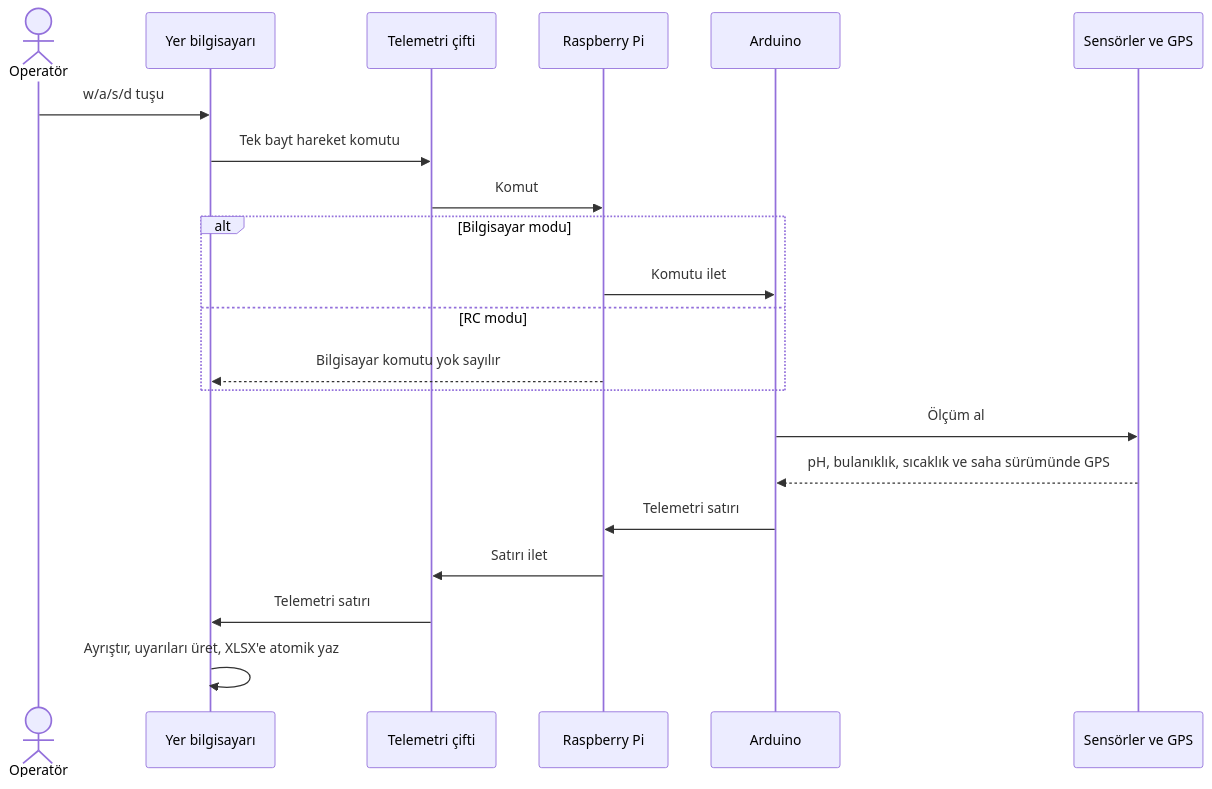
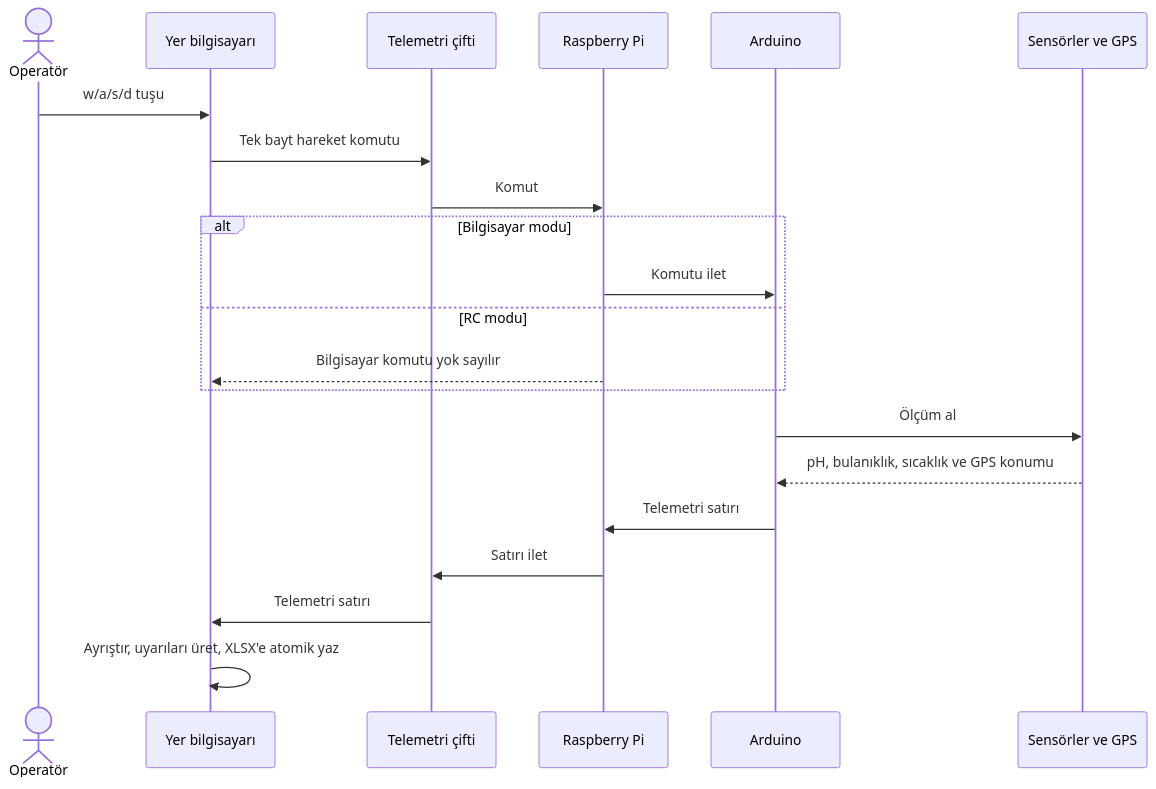
Before and after one commit to emircanylmz/water-quality-usv: the fourth of 8 diagrams in docs/ARCHITECTURE_TR.md, drawn with Mermaid. The commit also changed other lines of this file and 13 other files, not shown here.

Commit message:
Add NEO-6M GPS telemetry to Arduino firmware

````diff
--- a/docs/ARCHITECTURE_TR.md
+++ b/docs/ARCHITECTURE_TR.md
@@ -119,24 +124,24 @@
 ```mermaid
 sequenceDiagram
     actor Operator as Operatör
     participant PC as Yer bilgisayarı
     participant Radio as Telemetri çifti
     participant Pi as Raspberry Pi
     participant Arduino
     participant Sensors as Sensörler ve GPS
 
     Operator->>PC: w/a/s/d tuşu
     PC->>Radio: Tek bayt hareket komutu
     Radio->>Pi: Komut
     alt Bilgisayar modu
         Pi->>Arduino: Komutu ilet
     else RC modu
         Pi-->>PC: Bilgisayar komutu yok sayılır
     end
     Arduino->>Sensors: Ölçüm al
-    Sensors-->>Arduino: pH, bulanıklık, sıcaklık ve saha sürümünde GPS
+    Sensors-->>Arduino: pH, bulanıklık, sıcaklık ve GPS konumu
     Arduino->>Pi: Telemetri satırı
     Pi->>Radio: Satırı ilet
     Radio->>PC: Telemetri satırı
     PC->>PC: Ayrıştır, uyarıları üret, XLSX'e atomik yaz
 ```
````
